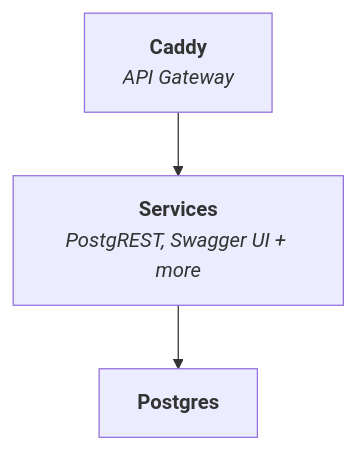
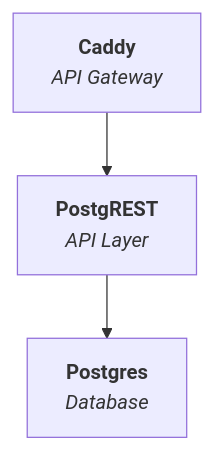
Before and after one commit to explodinglabs/superstack: the diagram in README.md, drawn with Mermaid.

````diff
--- a/README.md
+++ b/README.md
@@ -16,6 +16,6 @@
 ```mermaid
 flowchart TD
     Caddy["<b>Caddy</b><br><i>API Gateway</i>"]
-    Caddy --> Services["<b>Services</b><br><i>PostgREST, Swagger UI + more</i>"]
-    Services --> Postgres["<b>Postgres</b>"]
+    Caddy --> PostgREST["<b>PostgREST</b><br><i>API Layer</i>"]
+    PostgREST --> Postgres["<b>Postgres</b><br><i>Database</i>"]
 ```
````
